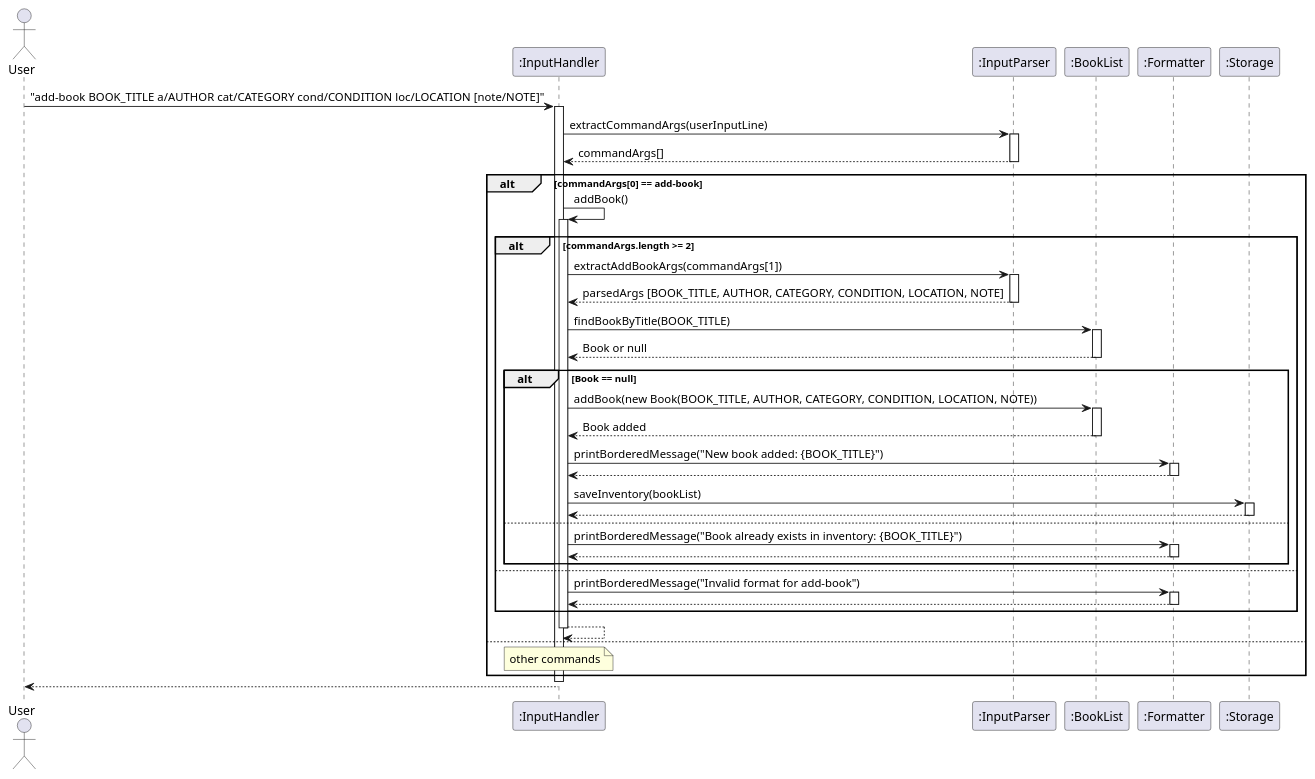
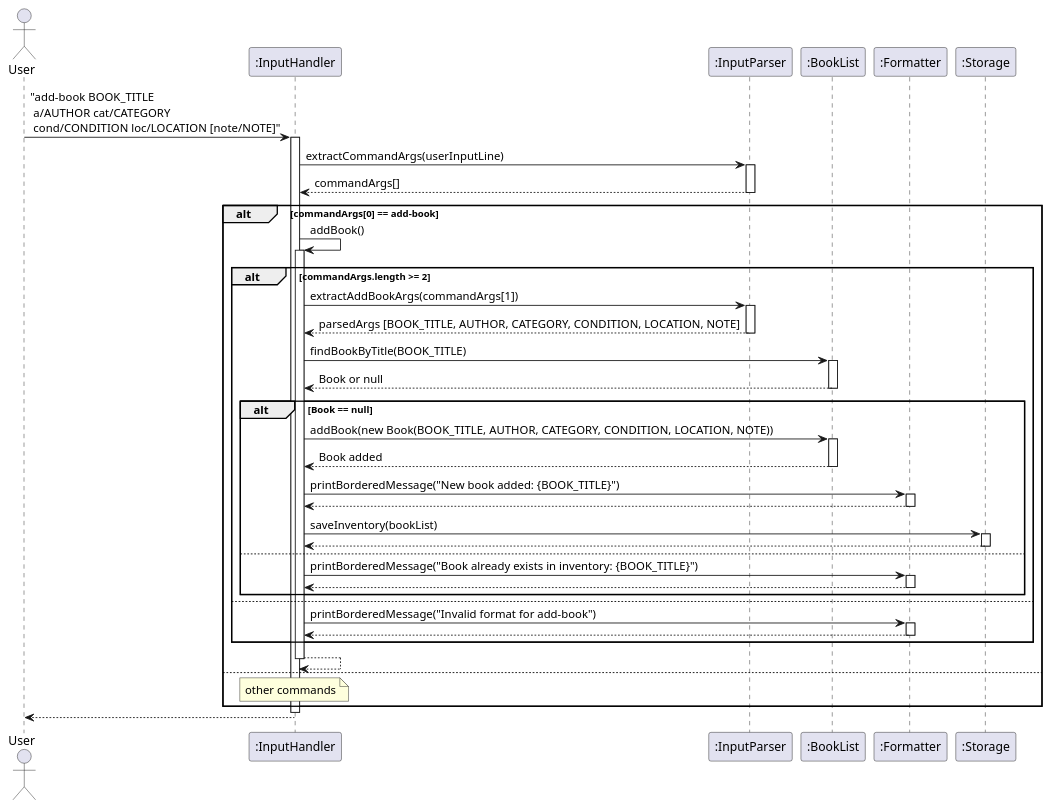
One commit to AY2425S2-CS2113-T12-2/tp changed the diagram in docs/diagrams/addBook.puml. Above: the diagram before and after it, drawn with PlantUML. The commit also changed 6 other files, not shown here.

```diff
--- a/docs/diagrams/addBook.puml
+++ b/docs/diagrams/addBook.puml
@@ -1,77 +1,77 @@
 @startuml
 actor User
 participant InputHandler as ":InputHandler"
 participant InputParser as ":InputParser"
 participant BookList as ":BookList"
 participant Formatter as ":Formatter"
 participant Storage as ":Storage"
 
-User -> InputHandler: "add-book BOOK_TITLE a/AUTHOR cat/CATEGORY cond/CONDITION loc/LOCATION [note/NOTE]"
+User -> InputHandler: "add-book BOOK_TITLE \n a/AUTHOR cat/CATEGORY \n cond/CONDITION loc/LOCATION [note/NOTE]"
 activate InputHandler
 
 InputHandler -> InputParser: extractCommandArgs(userInputLine)
 activate InputParser
 
 InputParser --> InputHandler: commandArgs[]
 deactivate InputParser
 
 alt commandArgs[0] == add-book
     InputHandler -> InputHandler : addBook()
     activate InputHandler
 
 alt commandArgs.length >= 2
     InputHandler -> InputParser: extractAddBookArgs(commandArgs[1])
     activate InputParser
 
     InputParser --> InputHandler: parsedArgs [BOOK_TITLE, AUTHOR, CATEGORY, CONDITION, LOCATION, NOTE]
     deactivate InputParser
 
     InputHandler -> BookList: findBookByTitle(BOOK_TITLE)
     activate BookList
 
     BookList --> InputHandler: Book or null
     deactivate BookList
 
     alt Book == null
         InputHandler -> BookList: addBook(new Book(BOOK_TITLE, AUTHOR, CATEGORY, CONDITION, LOCATION, NOTE))
         activate BookList
         BookList --> InputHandler: Book added
         deactivate BookList
 
         InputHandler -> Formatter: printBorderedMessage("New book added: {BOOK_TITLE}")
         activate Formatter
 
         Formatter --> InputHandler
         deactivate Formatter
 
         InputHandler -> Storage: saveInventory(bookList)
         activate Storage
 
         Storage --> InputHandler
         deactivate Storage
 
 
     else
         InputHandler -> Formatter: printBorderedMessage("Book already exists in inventory: {BOOK_TITLE}")
         activate Formatter
         Formatter --> InputHandler
         deactivate Formatter
     end
 
     else
         InputHandler -> Formatter: printBorderedMessage("Invalid format for add-book")
         activate Formatter
         Formatter --> InputHandler
         deactivate Formatter
     end
 
 InputHandler --> InputHandler
 deactivate InputHandler
 
 else
     note over InputHandler : other commands
 end
 
 deactivate InputHandler
 InputHandler --> User
 @enduml
```
